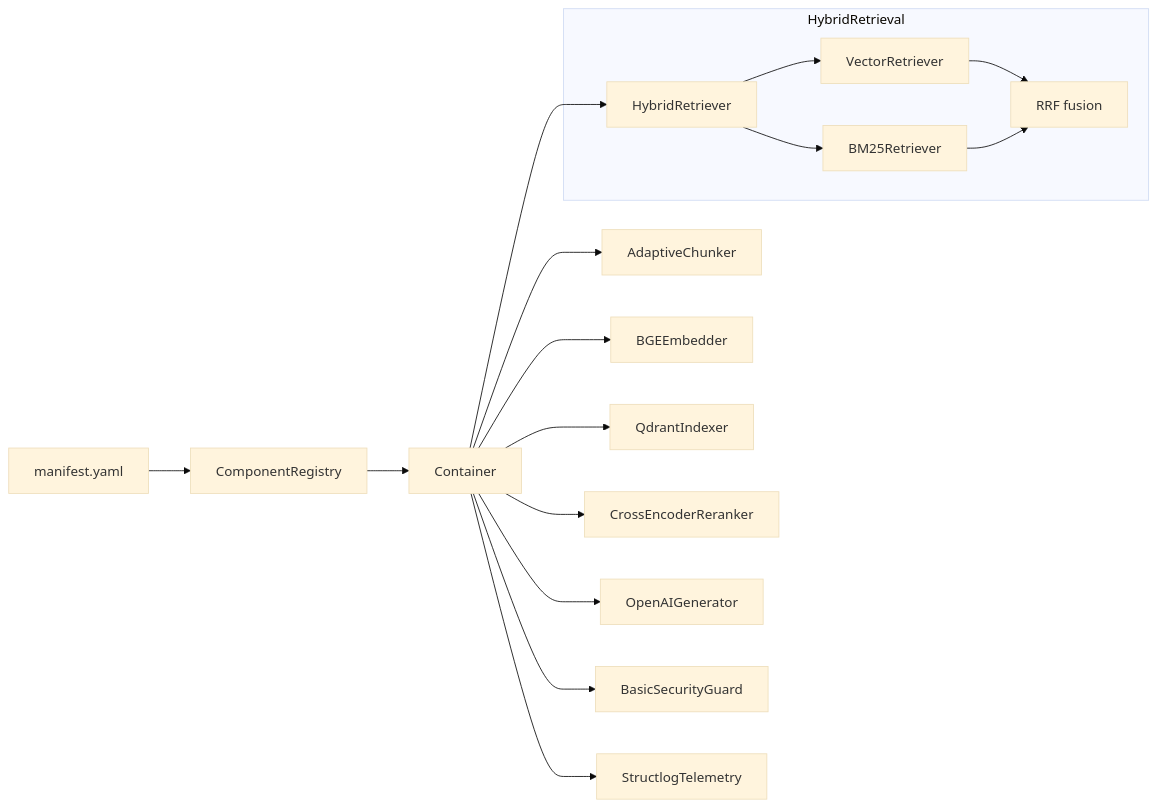
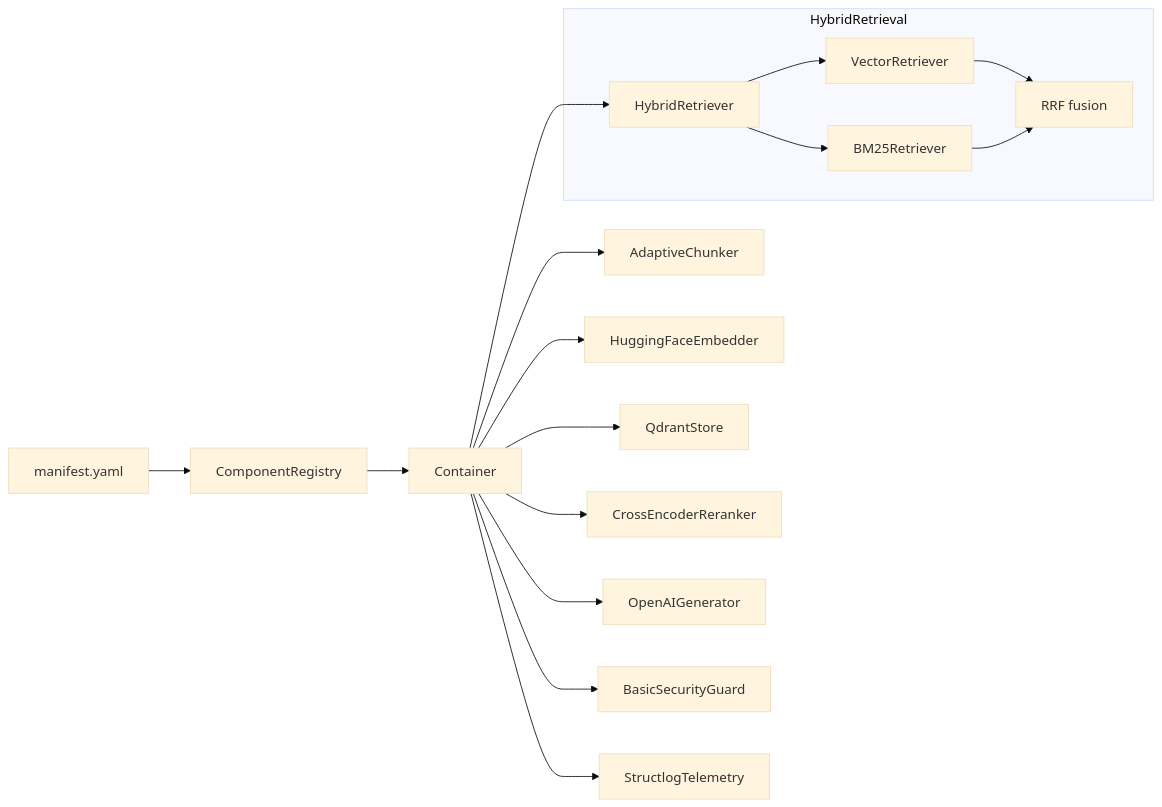
Before and after one commit to HerbertGourout/modular-rag-framework: the third of 4 diagrams in docs/architecture/roadmap-mermaid.md, drawn with Mermaid. The commit also changed other lines of this file and 42 other files, not shown here.

````diff
--- a/docs/architecture/roadmap-mermaid.md
+++ b/docs/architecture/roadmap-mermaid.md
@@ -97,22 +99,22 @@
 ```mermaid
 %%{init: {"theme": "base"}}%%
 flowchart LR
     YAML[manifest.yaml] --> Registry[ComponentRegistry]
     Registry --> Container[Container]
 
     Container --> Chunker[AdaptiveChunker]
-    Container --> Embedder[BGEEmbedder]
-    Container --> Indexer[QdrantIndexer]
+    Container --> Embedder[HuggingFaceEmbedder]
+    Container --> Indexer[QdrantStore]
     Container --> Retriever[HybridRetriever]
     Container --> Reranker[CrossEncoderReranker]
     Container --> Generator[OpenAIGenerator]
     Container --> Guard[BasicSecurityGuard]
     Container --> Telemetry[StructlogTelemetry]
 
     subgraph HybridRetrieval
         Retriever --> VectorR[VectorRetriever]
         Retriever --> BM25R[BM25Retriever]
         VectorR --> RRF[RRF fusion]
         BM25R --> RRF
     end
 ```
````
